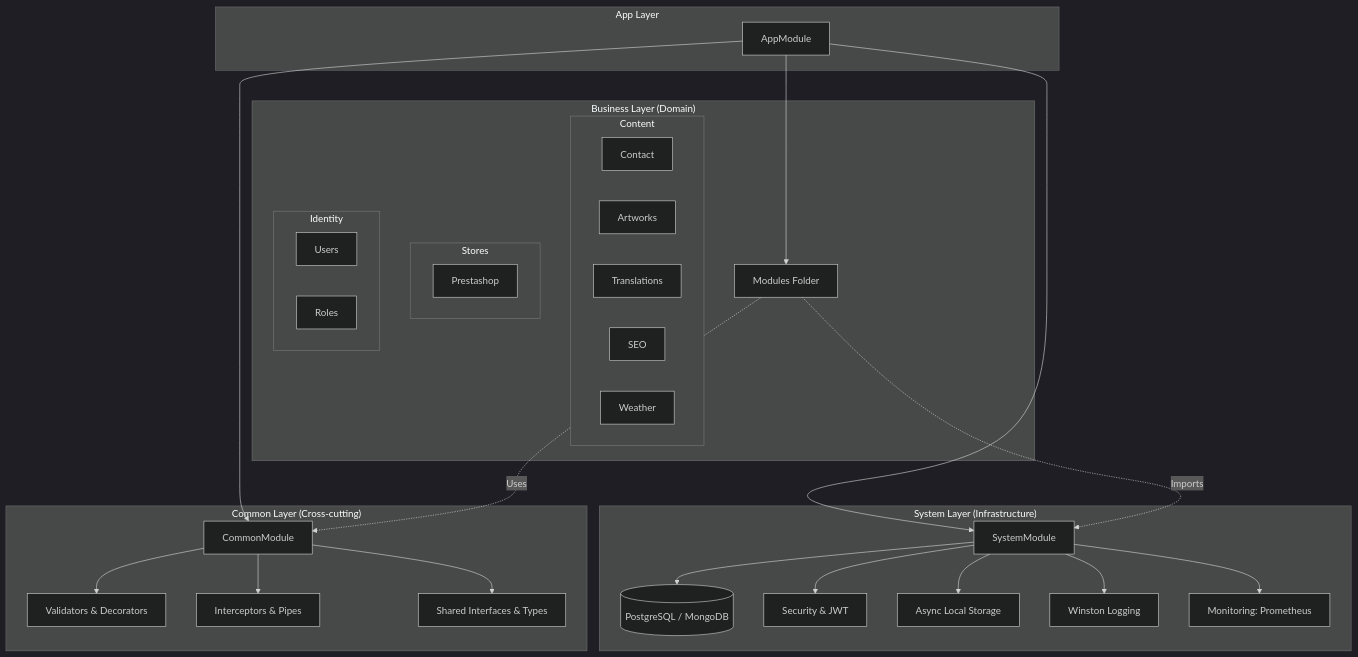
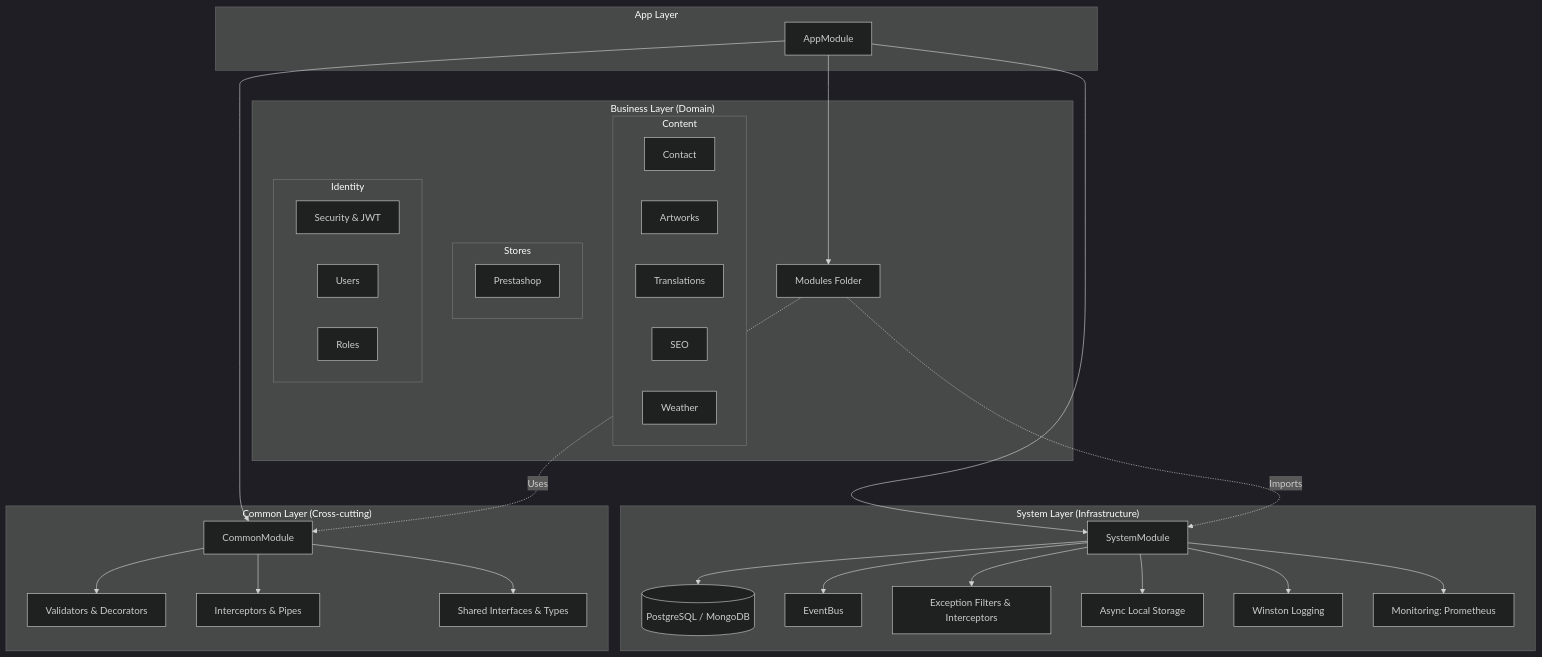
Before and after one commit to mcityscreations/mcs_api3: the diagram in readme.md, drawn with Mermaid (dark theme). The commit also changed other lines of this file, not shown here.

Commit message:
Readme update

````diff
--- a/readme.md
+++ b/readme.md
@@ -51,50 +51,52 @@
 ```mermaid
 graph TD
     subgraph "App Layer"
         AM[AppModule]
     end
 
     subgraph "System Layer (Infrastructure)"
         SM[SystemModule]
         SM --> DB[(PostgreSQL / MongoDB)]
-        SM --> SEC[Security & JWT]
+        SM --> EVT[EventBus]
+        SM --> EXFIL[Exception Filters & Interceptors]
         SM --> ALS[Async Local Storage]
         SM --> LOG[Winston Logging]
         SM --> MON[Monitoring: Prometheus]
     end
 
     subgraph "Common Layer (Cross-cutting)"
         CM[CommonModule]
         CM --> VD[Validators & Decorators]
         CM --> INT[Interceptors & Pipes]
         CM --> TYP[Shared Interfaces & Types]
     end
 
     subgraph "Business Layer (Domain)"
         BM[Modules Folder]
         
         subgraph "Content"
             CTM[Contact]
             AWM[Artworks]
             TSM[Translations]
             SEOM[SEO]
             WEM[Weather]
         end
 
         subgraph "Stores"
             PRS[Prestashop]
         end
 
         subgraph "Identity"
+            SEC[Security & JWT]
             USR[Users]
             ROL[Roles]
         end
     end
 
     %% Relations
     AM --> SM
     AM --> CM
     AM --> BM
     BM -.-> |Imports| SM
     BM -.-> |Uses| CM
 ```
````
